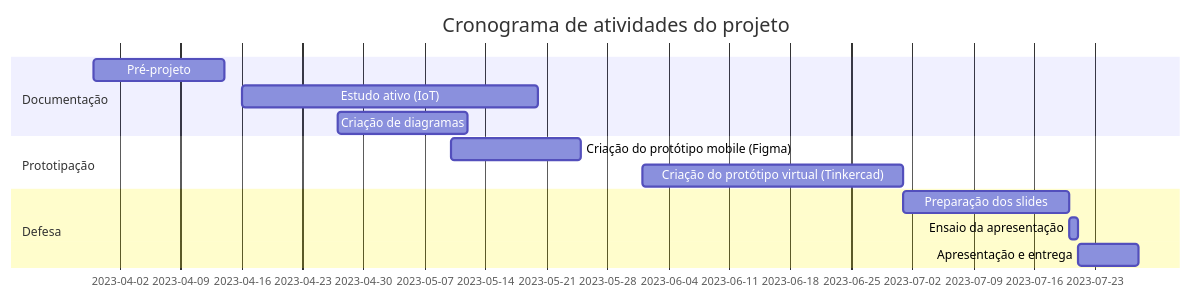
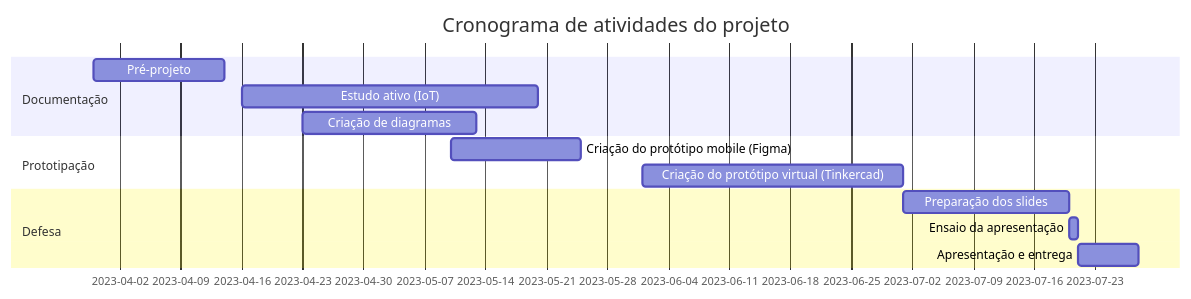
One commit to AgathaSena/Projeto-Integrador-II changed the diagram in README.md. Above: the diagram before and after it, drawn with Mermaid.

Commit message:
fix: diagramas

````diff
--- a/README.md
+++ b/README.md
@@ -6,16 +6,16 @@
  ```mermaid
     gantt
     title Cronograma de atividades do projeto
     dateFormat  YYYY-MM-DD
     section Documentação
     Pré-projeto     :a1,  2023-03-30, 15d
     Estudo ativo (IoT)  :a2, 2023-04-16, 34d
-    Criação de diagramas     :       c1,  2023-04-27, 15d
+    Criação de diagramas     :       c1,  2023-04-23, 20d
     section Prototipação
     Criação do protótipo mobile (Figma)      :c2,    2023-05-10, 15d
     Criação do protótipo virtual (Tinkercad)      :c3,    2023-06-01, 30d
     section Defesa
     Preparação dos slides :p1, after c3, 19d
     Ensaio da apresentação :p2, after p1, 01d
     Apresentação e entrega  :p3, after p2, 07d
 ``` 
````
